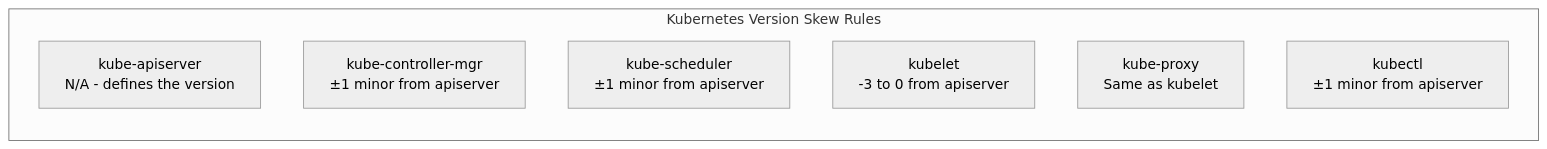
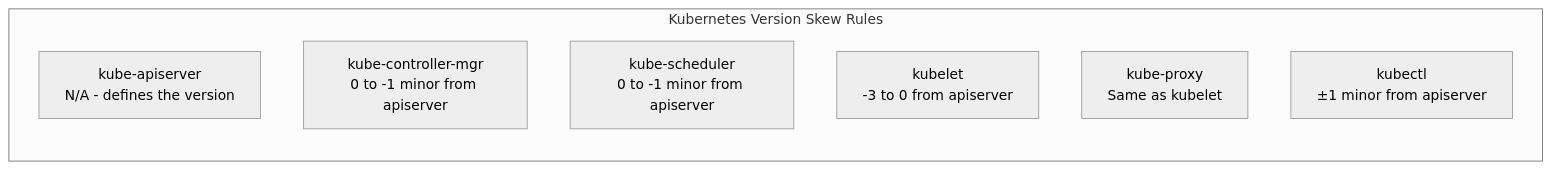
Before and after one commit to greg4fun/kubernetesrecipes.github.io: the second of 2 diagrams in src/content/recipes/kubernetes-cluster-upgrade.md, drawn with Mermaid (neutral theme). The commit also changed other lines of this file and 537 other files, not shown here.

````diff
--- a/src/content/recipes/kubernetes-cluster-upgrade.md
+++ b/src/content/recipes/kubernetes-cluster-upgrade.md
@@ -79,12 +81,12 @@
 ```mermaid
 flowchart LR
     subgraph SKEW["Kubernetes Version Skew Rules"]
         direction TB
         API["kube-apiserver<br/>N/A - defines the version"]
-        CM["kube-controller-mgr<br/>±1 minor from apiserver"]
-        SCHED["kube-scheduler<br/>±1 minor from apiserver"]
+        CM["kube-controller-mgr<br/>0 to -1 minor from apiserver"]
+        SCHED["kube-scheduler<br/>0 to -1 minor from apiserver"]
         KL["kubelet<br/>-3 to 0 from apiserver"]
         KP["kube-proxy<br/>Same as kubelet"]
         KC["kubectl<br/>±1 minor from apiserver"]
     end
 ```
````
